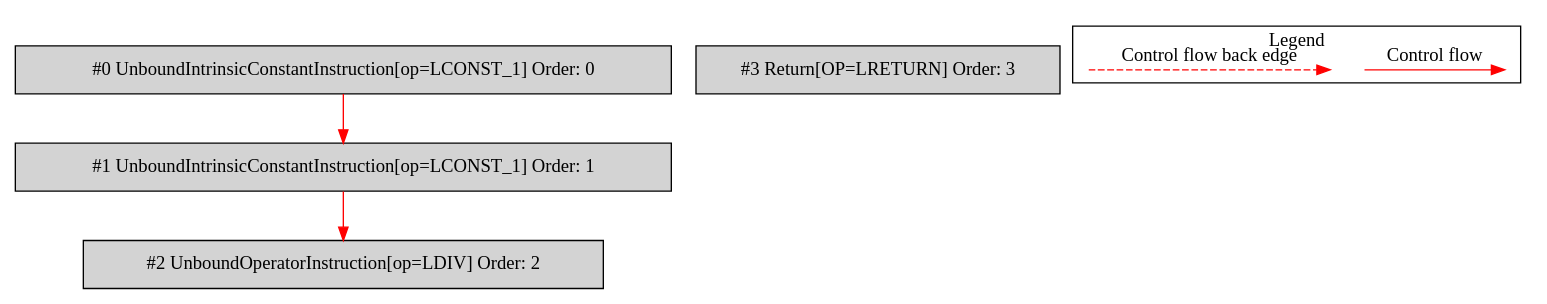
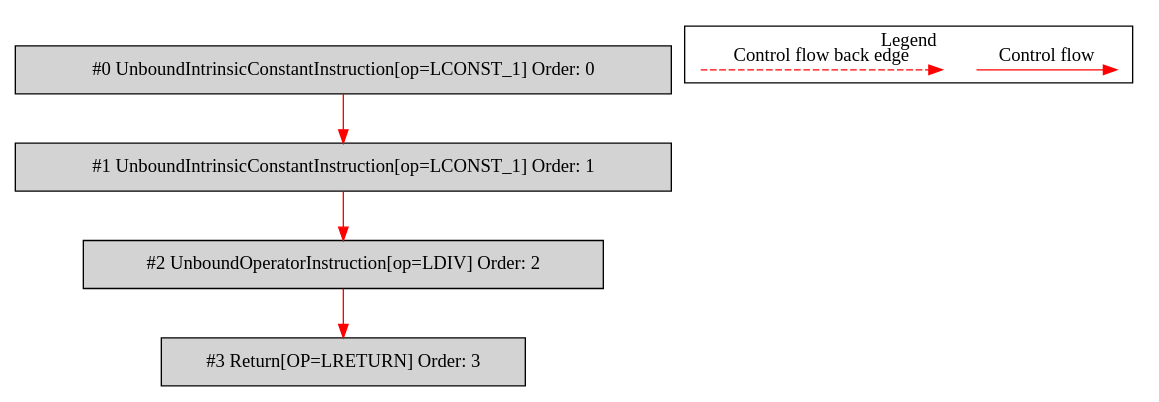
Before and after one commit to mirkosertic/MetaIR: the diagram in de.mirkosertic.metair.ir.OpcodeLDIVTest/test_LDIV/bytecodecfg.dot, drawn with Graphviz. The commit also changed 649 other files, not shown here.

```diff
--- a/de.mirkosertic.metair.ir.OpcodeLDIVTest/test_LDIV/bytecodecfg.dot
+++ b/de.mirkosertic.metair.ir.OpcodeLDIVTest/test_LDIV/bytecodecfg.dot
@@ -1,22 +1,23 @@
 digraph {
  node0[label="#0 UnboundIntrinsicConstantInstruction[op=LCONST_1] Order: 0", shape=box, fillcolor=lightgrey, style=filled];
  node1[label="#1 UnboundIntrinsicConstantInstruction[op=LCONST_1] Order: 1", shape=box, fillcolor=lightgrey, style=filled];
  node2[label="#2 UnboundOperatorInstruction[op=LDIV] Order: 2", shape=box, fillcolor=lightgrey, style=filled];
  node3[label="#3 Return[OP=LRETURN] Order: 3", shape=box, fillcolor=lightgrey, style=filled];
  node0 -> node1[color=red];
  node1 -> node2[color=red];
+ node2 -> node3[color=red];
  subgraph cluster_000 {
   label = "Legend";
   node [shape=point]
   {
    rank=same;
    c0 [style = invis];
    c1 [style = invis];
    c2 [style = invis];
    c3 [style = invis];
   }
   c0 -> c1 [label="Control flow", style=solid, color=red]
   c2 -> c3 [label="Control flow back edge", style=dashed, color=red]
  }
 
 }
```
